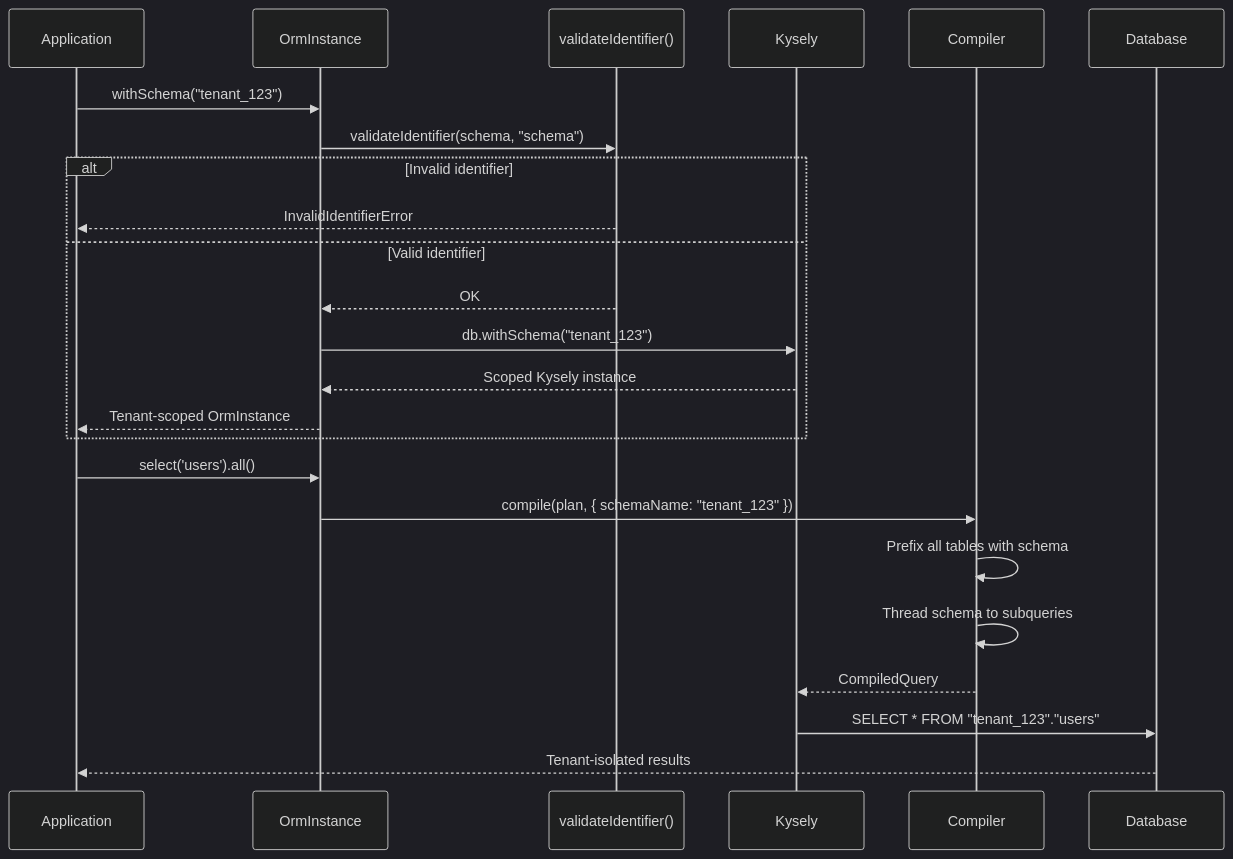
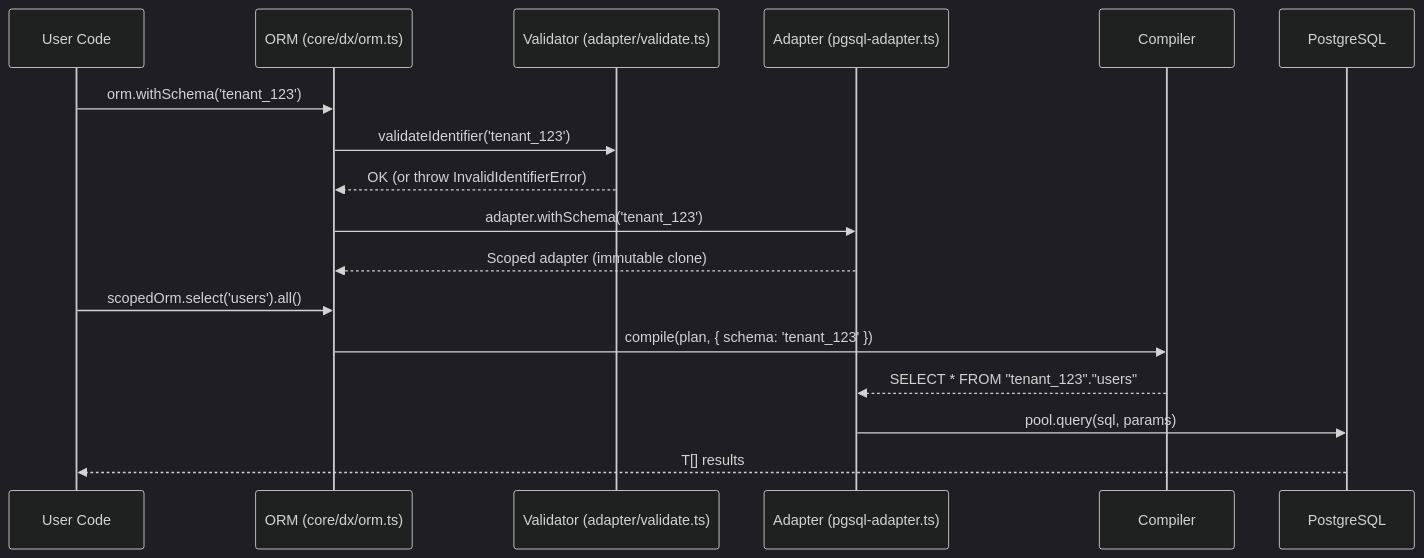
Before and after one commit to oorabona/db-semantic-planner: the third of 6 diagrams in docs/audit/DATA-FLOWS.md, drawn with Mermaid (dark theme). The commit also changed other lines of this file and 13 other files, not shown here.

````diff
--- a/docs/audit/DATA-FLOWS.md
+++ b/docs/audit/DATA-FLOWS.md
@@ -86,28 +144,20 @@
 ```mermaid
 sequenceDiagram
-    participant App as Application
-    participant ORM as OrmInstance
-    participant V as validateIdentifier()
-    participant K as Kysely
+    participant U as User Code
+    participant ORM as ORM (core/dx/orm.ts)
+    participant V as Validator (adapter/validate.ts)
+    participant A as Adapter (pgsql-adapter.ts)
     participant C as Compiler
-    participant DB as Database
+    participant PG as PostgreSQL
 
-    App->>ORM: withSchema("tenant_123")
-    ORM->>V: validateIdentifier(schema, "schema")
-    alt Invalid identifier
-        V-->>App: InvalidIdentifierError
-    else Valid identifier
-        V-->>ORM: OK
-        ORM->>K: db.withSchema("tenant_123")
-        K-->>ORM: Scoped Kysely instance
-        ORM-->>App: Tenant-scoped OrmInstance
-    end
-
-    App->>ORM: select('users').all()
-    ORM->>C: compile(plan, { schemaName: "tenant_123" })
-    C->>C: Prefix all tables with schema
-    C->>C: Thread schema to subqueries
-    C-->>K: CompiledQuery
-    K->>DB: SELECT * FROM "tenant_123"."users"
-    DB-->>App: Tenant-isolated results
+    U->>ORM: orm.withSchema('tenant_123')
+    ORM->>V: validateIdentifier('tenant_123')
+    V-->>ORM: OK (or throw InvalidIdentifierError)
+    ORM->>A: adapter.withSchema('tenant_123')
+    A-->>ORM: Scoped adapter (immutable clone)
+    U->>ORM: scopedOrm.select('users').all()
+    ORM->>C: compile(plan, { schema: 'tenant_123' })
+    C-->>A: SELECT * FROM "tenant_123"."users"
+    A->>PG: pool.query(sql, params)
+    PG-->>U: T[] results
 ```
````
